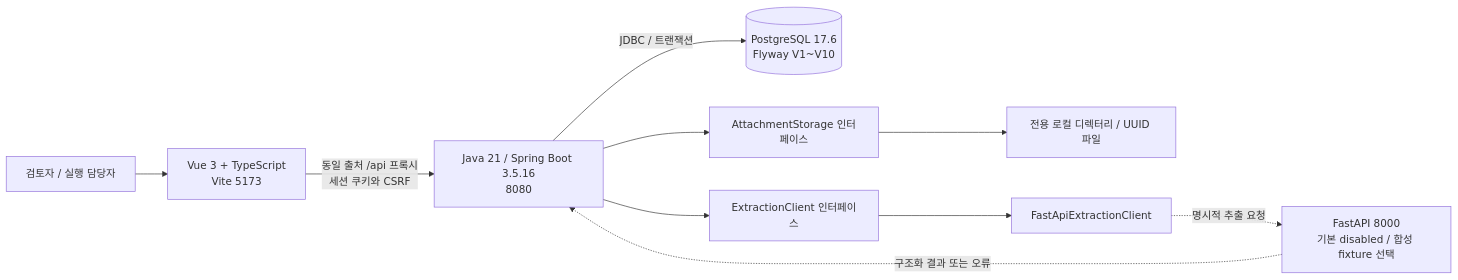
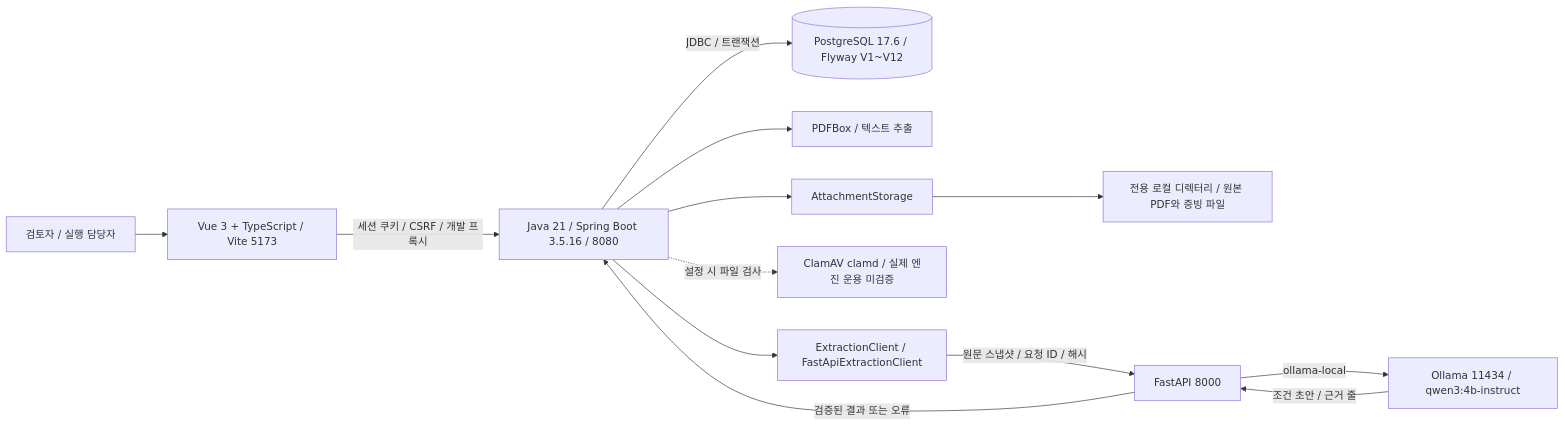
Before and after one commit to xixvivji/WeCall: the diagram in docs/design/architecture.md, drawn with Mermaid. The commit also changed other lines of this file and 7 other files, not shown here.

````diff
--- a/docs/design/architecture.md
+++ b/docs/design/architecture.md
@@ -5,12 +5,15 @@
 ```mermaid
 flowchart LR
-    U[검토자 / 실행 담당자] --> V[Vue 3 + TypeScript\nVite 5173]
-    V -->|동일 출처 /api 프록시\n세션 쿠키와 CSRF| B[Java 21 / Spring Boot 3.5.16\n8080]
-    B -->|JDBC / 트랜잭션| P[(PostgreSQL 17.6\nFlyway V1~V10)]
-    B --> A[AttachmentStorage 인터페이스]
-    A --> L[전용 로컬 디렉터리 / UUID 파일]
-    B --> E[ExtractionClient 인터페이스]
-    E --> H[FastApiExtractionClient]
-    H -. 명시적 추출 요청 .-> F[FastAPI 8000\n기본 disabled / 합성 fixture 선택]
-    F -. 구조화 결과 또는 오류 .-> B
+    U[검토자 / 실행 담당자] --> V[Vue 3 + TypeScript / Vite 5173]
+    V -->|세션 쿠키 / CSRF / 개발 프록시| B[Java 21 / Spring Boot 3.5.16 / 8080]
+    B -->|JDBC / 트랜잭션| P[(PostgreSQL 17.6 / Flyway V1~V12)]
+    B --> D[PDFBox / 텍스트 추출]
+    B --> S[AttachmentStorage]
+    S --> L[전용 로컬 디렉터리 / 원본 PDF와 증빙 파일]
+    B -. 설정 시 파일 검사 .-> C[ClamAV clamd / 실제 엔진 운용 미검증]
+    B --> E[ExtractionClient / FastApiExtractionClient]
+    E -->|원문 스냅샷 / 요청 ID / 해시| F[FastAPI 8000]
+    F -->|ollama-local| O[Ollama 11434 / qwen3:4b-instruct]
+    O -->|조건 초안 / 근거 줄| F
+    F -->|검증된 결과 또는 오류| B
 ```
````
